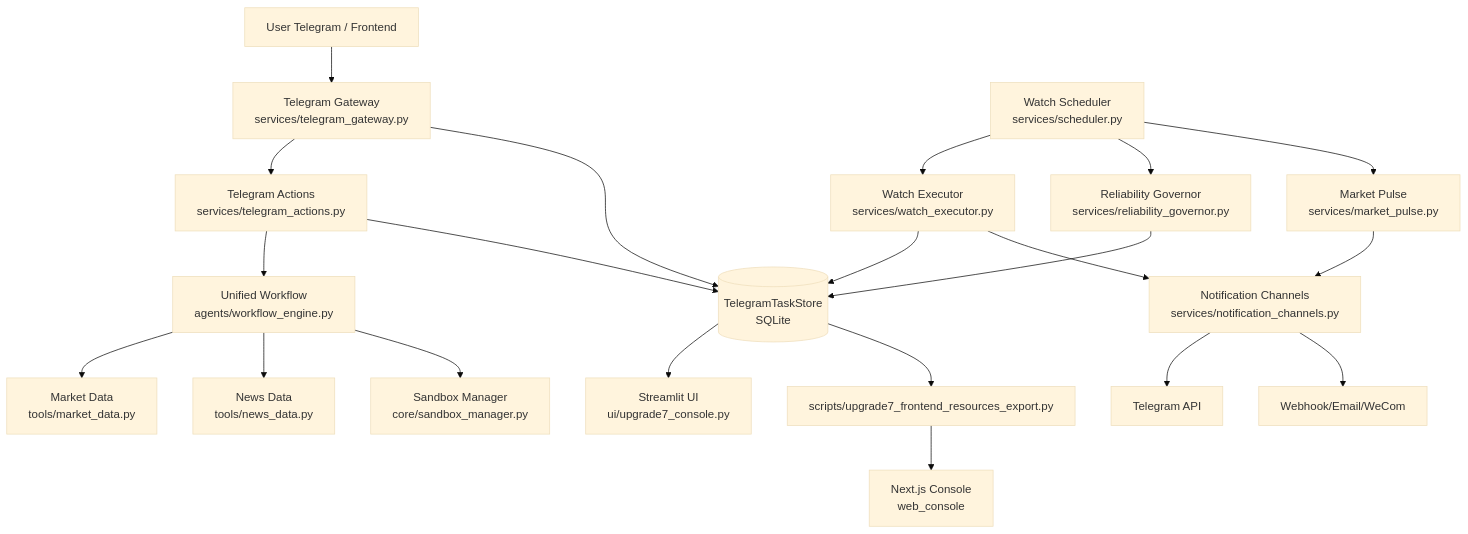
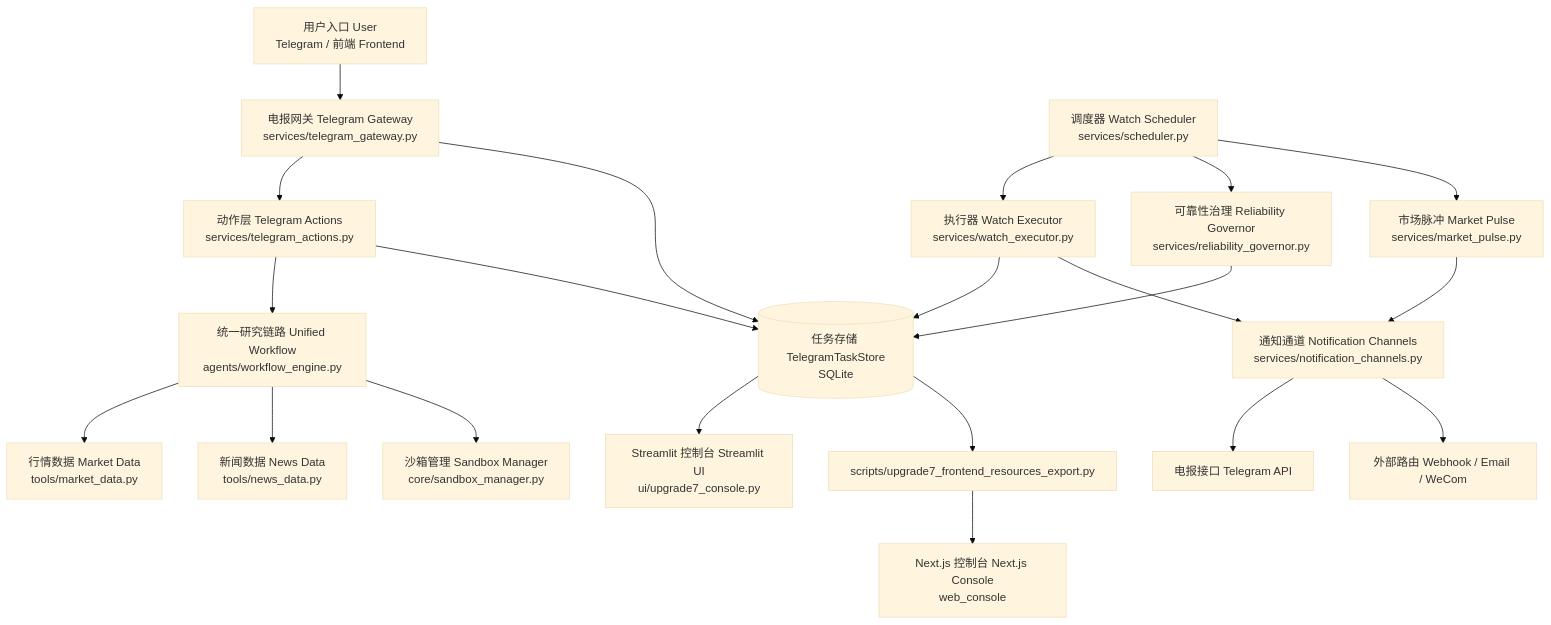
One commit to standbyme626/Alpha-Insight changed the first of 2 diagrams in README.md. Above: the diagram before and after it, drawn with Mermaid (base theme). The commit also changed other lines of this file, not shown here.

Commit message:
docs: expand telegram user guide and bilingualize diagrams

````diff
--- a/README.md
+++ b/README.md
@@ -80,27 +132,27 @@
 ```mermaid
 graph TD
-    U[User Telegram / Frontend] --> TG[Telegram Gateway\nservices/telegram_gateway.py]
-    TG --> TA[Telegram Actions\nservices/telegram_actions.py]
-    TA --> WF[Unified Workflow\nagents/workflow_engine.py]
-    WF --> MD[Market Data\ntools/market_data.py]
-    WF --> ND[News Data\ntools/news_data.py]
-    WF --> SB[Sandbox Manager\ncore/sandbox_manager.py]
+    U[用户入口 User<br/>Telegram / 前端 Frontend] --> TG[电报网关 Telegram Gateway<br/>services/telegram_gateway.py]
+    TG --> TA[动作层 Telegram Actions<br/>services/telegram_actions.py]
+    TA --> WF[统一研究链路 Unified Workflow<br/>agents/workflow_engine.py]
+    WF --> MD[行情数据 Market Data<br/>tools/market_data.py]
+    WF --> ND[新闻数据 News Data<br/>tools/news_data.py]
+    WF --> SB[沙箱管理 Sandbox Manager<br/>core/sandbox_manager.py]
 
-    TG --> TS[(TelegramTaskStore\nSQLite)]
+    TG --> TS[(任务存储 TelegramTaskStore<br/>SQLite)]
     TA --> TS
 
-    SCH[Watch Scheduler\nservices/scheduler.py] --> WE[Watch Executor\nservices/watch_executor.py]
+    SCH[调度器 Watch Scheduler<br/>services/scheduler.py] --> WE[执行器 Watch Executor<br/>services/watch_executor.py]
     WE --> TS
-    WE --> NC[Notification Channels\nservices/notification_channels.py]
-    NC --> TEL[Telegram API]
-    NC --> WEBH[Webhook/Email/WeCom]
+    WE --> NC[通知通道 Notification Channels<br/>services/notification_channels.py]
+    NC --> TEL[电报接口 Telegram API]
+    NC --> WEBH[外部路由 Webhook / Email / WeCom]
 
-    SCH --> RG[Reliability Governor\nservices/reliability_governor.py]
+    SCH --> RG[可靠性治理 Reliability Governor<br/>services/reliability_governor.py]
     RG --> TS
-    SCH --> MP[Market Pulse\nservices/market_pulse.py]
+    SCH --> MP[市场脉冲 Market Pulse<br/>services/market_pulse.py]
     MP --> NC
 
-    TS --> FE1[Streamlit UI\nui/upgrade7_console.py]
+    TS --> FE1[Streamlit 控制台 Streamlit UI<br/>ui/upgrade7_console.py]
     TS --> EXP[scripts/upgrade7_frontend_resources_export.py]
-    EXP --> FE2[Next.js Console\nweb_console]
+    EXP --> FE2[Next.js 控制台 Next.js Console<br/>web_console]
 ```
````
